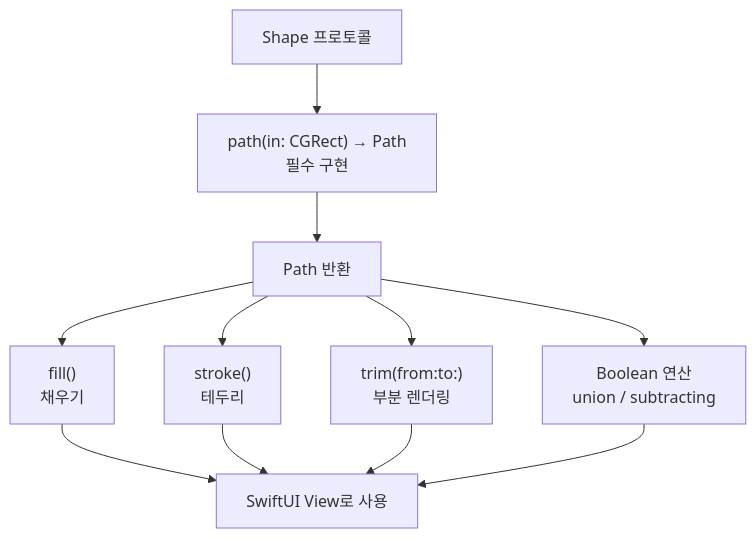
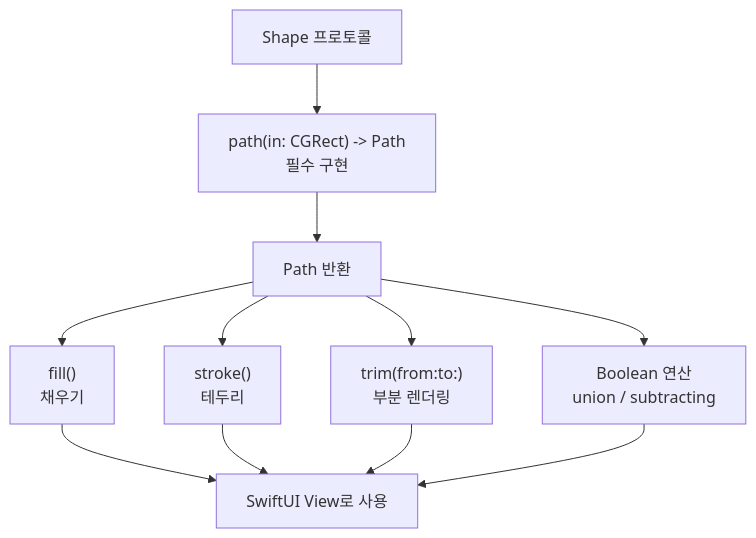
One commit to jsonpassion/forge-tutorial-swift changed the second of 4 diagrams in 09-animation/04-shapes-canvas.md. Above: the diagram before and after it, drawn with Mermaid. The commit also changed other lines of this file and 69 other files, not shown here.

````diff
--- a/09-animation/04-shapes-canvas.md
+++ b/09-animation/04-shapes-canvas.md
@@ -90,13 +90,13 @@
 ```mermaid
 flowchart TD
-    A["Shape 프로토콜"] --> B["path(in: CGRect) → Path\n필수 구현"]
+    A["Shape 프로토콜"] --> B["path(in: CGRect) -> Path<br/>필수 구현"]
     B --> C["Path 반환"]
-    C --> D["fill()\n채우기"]
-    C --> E["stroke()\n테두리"]
-    C --> F["trim(from:to:)\n부분 렌더링"]
-    C --> G["Boolean 연산\nunion / subtracting"]
+    C --> D["fill()<br/>채우기"]
+    C --> E["stroke()<br/>테두리"]
+    C --> F["trim(from:to:)<br/>부분 렌더링"]
+    C --> G["Boolean 연산<br/>union / subtracting"]
     D --> H["SwiftUI View로 사용"]
     E --> H
     F --> H
     G --> H
 ```
````
